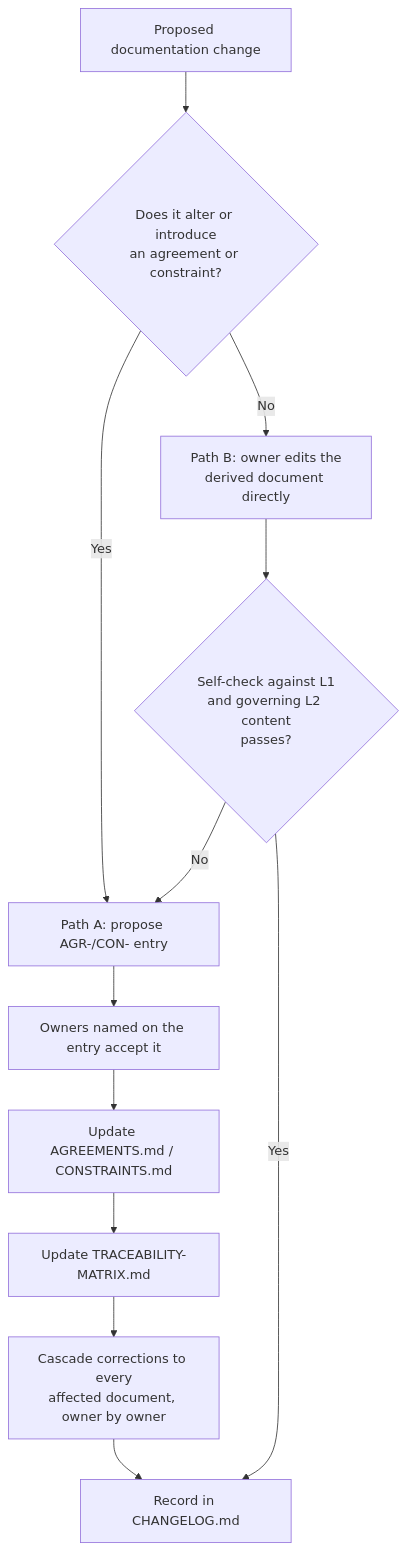
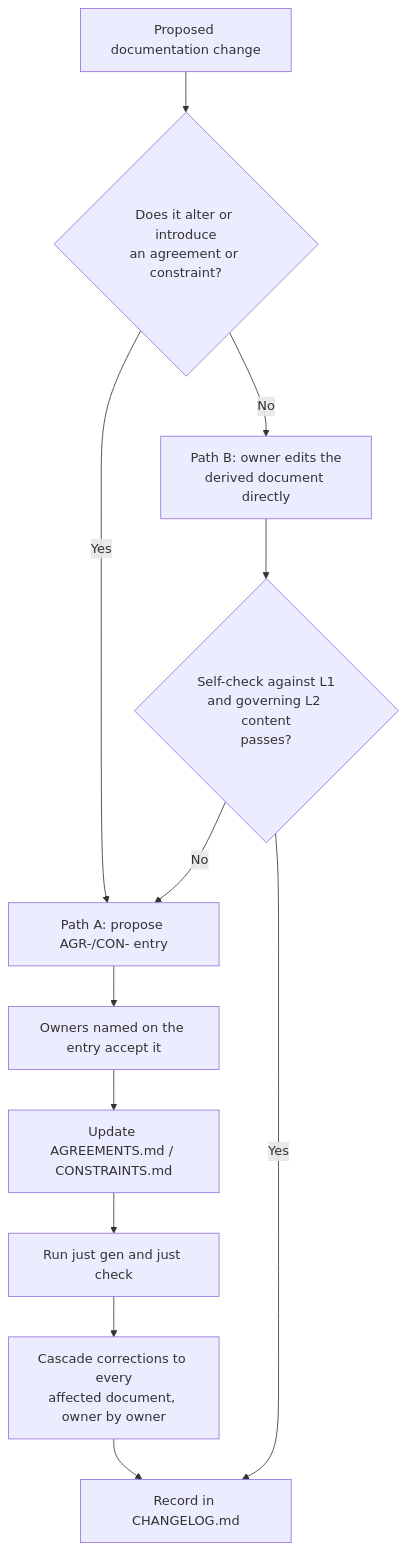
One commit to veglezMX/guardrails changed the third of 4 diagrams in solution-docs/70-governance/DOCUMENT-GOVERNANCE.md. Above: the diagram before and after it, drawn with Mermaid. The commit also changed other lines of this file and 66 other files, not shown here.

````diff
--- a/solution-docs/70-governance/DOCUMENT-GOVERNANCE.md
+++ b/solution-docs/70-governance/DOCUMENT-GOVERNANCE.md
@@ -181,15 +182,15 @@
 ```mermaid
 flowchart TD
     Start[Proposed documentation change] --> Q{Does it alter or introduce<br/>an agreement or constraint?}
     Q -- Yes --> A1[Path A: propose AGR-/CON- entry]
     A1 --> A2[Owners named on the entry accept it]
     A2 --> A3[Update AGREEMENTS.md / CONSTRAINTS.md]
-    A3 --> A4[Update TRACEABILITY-MATRIX.md]
+    A3 --> A4[Run just gen and just check]
     A4 --> A5[Cascade corrections to every<br/>affected document, owner by owner]
     A5 --> Log[Record in CHANGELOG.md]
 
     Q -- No --> B1[Path B: owner edits the<br/>derived document directly]
     B1 --> B2{Self-check against L1<br/>and governing L2 content<br/>passes?}
     B2 -- Yes --> Log
     B2 -- No --> A1
 ```
````
